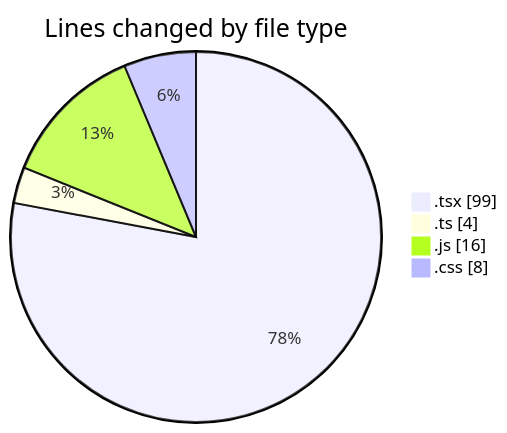
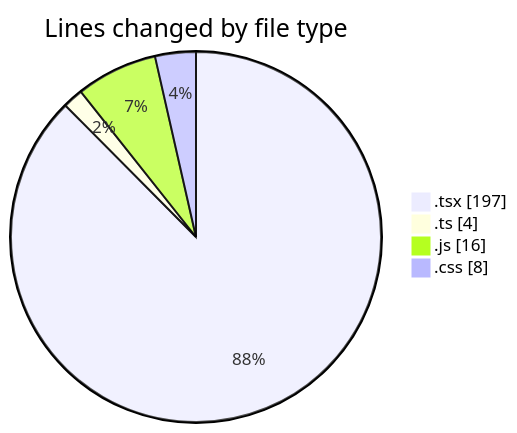
One commit to robertbonfada/code-tracking changed the first of 2 diagrams in 2025-01-17/mbc-web/README.md. Above: the diagram before and after it, drawn with Mermaid. The commit also changed other lines of this file and 1 other file, not shown here.

````diff
--- a/2025-01-17/mbc-web/README.md
+++ b/2025-01-17/mbc-web/README.md
@@ -24,8 +25,8 @@
 ```mermaid
 pie showData
 title Lines changed by file type
-".tsx" : 99
+".tsx" : 197
 ".ts" : 4
 ".js" : 16
 ".css" : 8
 ```
````
